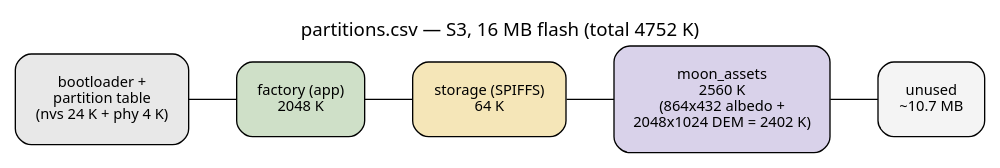
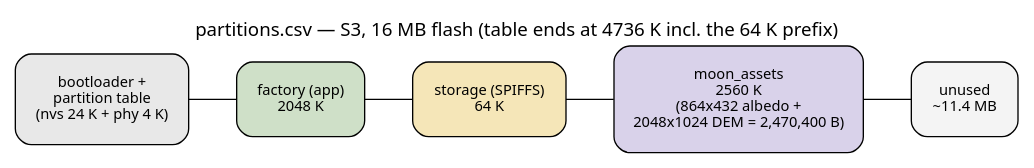
The diagram in docs/_graphs/partition-s3.dot (ukos-git/moon-clock-esp), drawn with Graphviz before and after one commit. The commit also changed 42 other files, not shown here.

```diff
--- a/docs/_graphs/partition-s3.dot
+++ b/docs/_graphs/partition-s3.dot
@@ -1,19 +1,19 @@
 // S3 (16 MB flash) partition layout — partitions.csv
 // Rendered inline as SVG by sphinx.ext.graphviz (dot on PATH).
 digraph partitions_s3 {
     rankdir=LR;
-    label="partitions.csv — S3, 16 MB flash (total 4752 K)";
+    label="partitions.csv — S3, 16 MB flash (table ends at 4736 K incl. the 64 K prefix)";
     labelloc=t;
     fontsize=14;
     fontname=sans;
     node [fontname=sans, shape=box, style="rounded,filled", height=0.55, margin=0.22, fontsize=11];
     edge [fontname=sans, fontsize=9, arrowhead=none];
 
     boot    [label="bootloader +\npartition table\n(nvs 24 K + phy 4 K)", fillcolor="#e8e8e8", fillstyle=solid];
     factory [label="factory (app)\n2048 K", fillcolor="#cfe0c8", fillstyle=solid];
     storage [label="storage (SPIFFS)\n64 K", fillcolor="#f5e6b8", fillstyle=solid];
-    assets  [label="moon_assets\n2560 K\n(864x432 albedo +\n2048x1024 DEM = 2402 K)", fillcolor="#d9d2ea", fillstyle=solid];
-    free    [label="unused\n~10.7 MB", fillcolor="#f4f4f4", fillstyle=solid];
+    assets  [label="moon_assets\n2560 K\n(864x432 albedo +\n2048x1024 DEM = 2,470,400 B)", fillcolor="#d9d2ea", fillstyle=solid];
+    free    [label="unused\n~11.4 MB", fillcolor="#f4f4f4", fillstyle=solid];
 
     boot -> factory -> storage -> assets -> free;
 }
```
